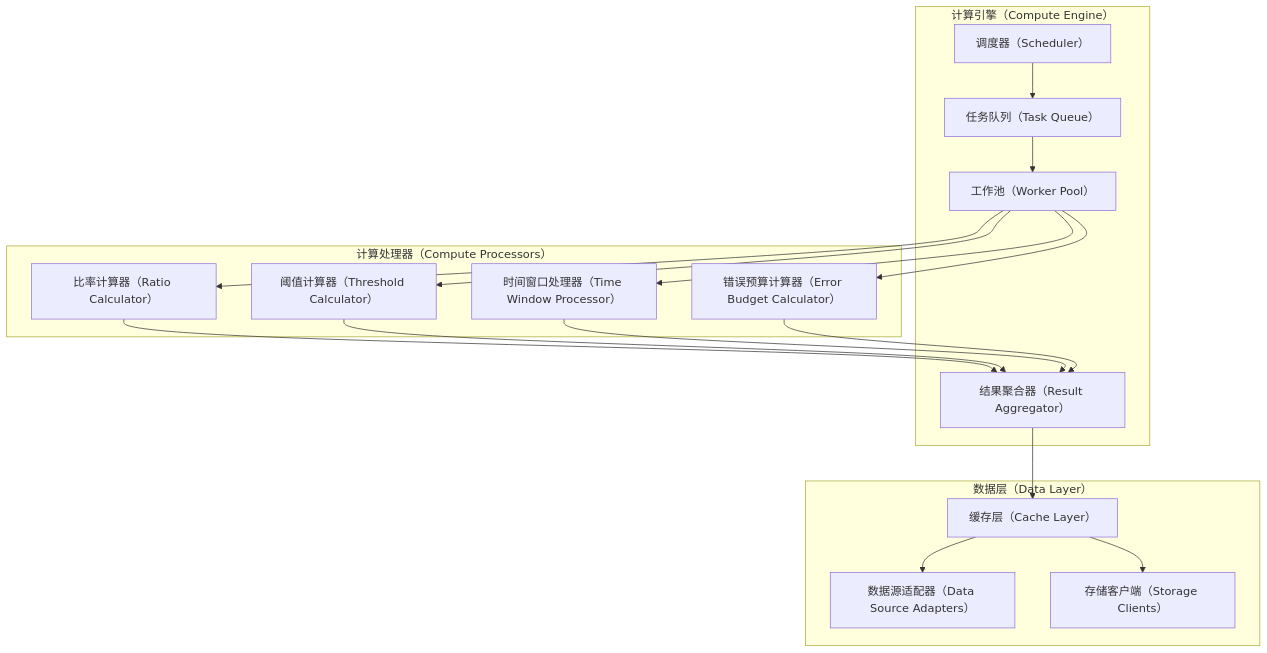
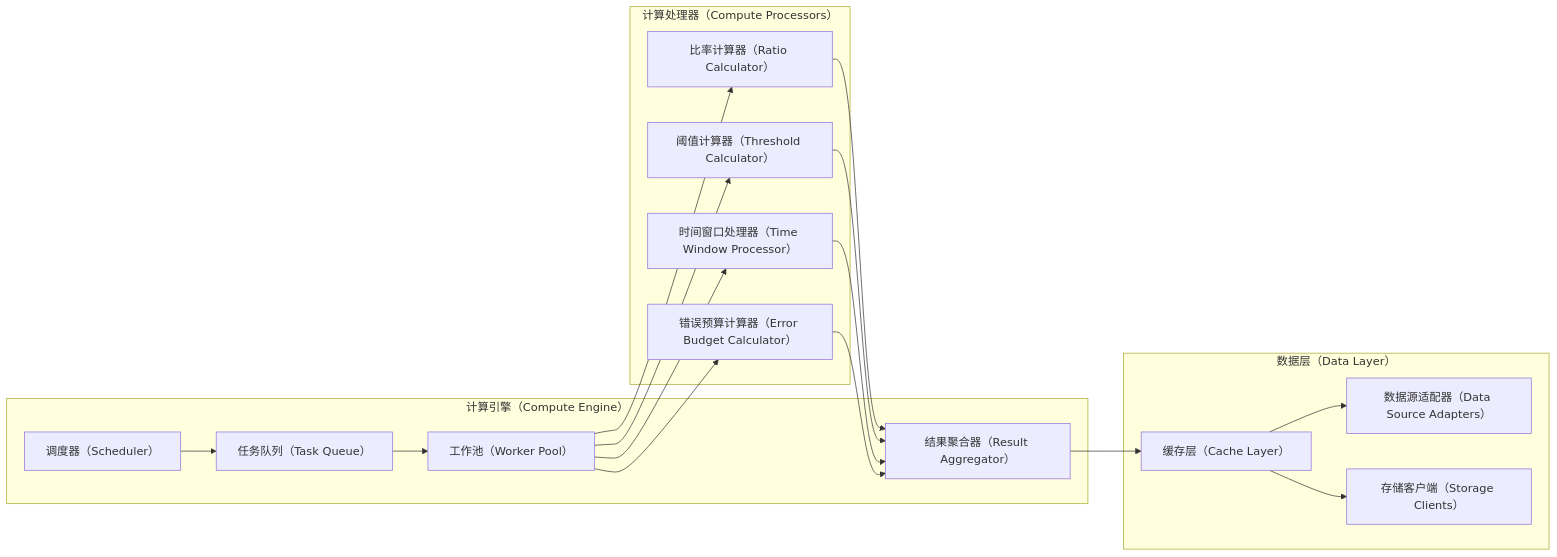
The sixth of 9 diagrams in docs/architecture.md (turtacn/slo-sentinel), drawn with Mermaid before and after one commit. The commit also changed other lines of this file, not shown here.

````diff
--- a/docs/architecture.md
+++ b/docs/architecture.md
@@ -271,36 +271,36 @@
 ```mermaid
-graph TB
+graph LR
     subgraph CE[计算引擎（Compute Engine）]
         CE1[调度器（Scheduler）]
         CE2[任务队列（Task Queue）]
         CE3[工作池（Worker Pool）]
         CE4[结果聚合器（Result Aggregator）]
     end
     
     subgraph CP[计算处理器（Compute Processors）]
         CP1[比率计算器（Ratio Calculator）]
         CP2[阈值计算器（Threshold Calculator）]
         CP3[时间窗口处理器（Time Window Processor）]
         CP4[错误预算计算器（Error Budget Calculator）]
     end
     
     subgraph DL[数据层（Data Layer）]
         DL1[缓存层（Cache Layer）]
         DL2[数据源适配器（Data Source Adapters）]
         DL3[存储客户端（Storage Clients）]
     end
     
     CE1 --> CE2
     CE2 --> CE3
     CE3 --> CP1
     CE3 --> CP2
     CE3 --> CP3
     CE3 --> CP4
     CP1 --> CE4
     CP2 --> CE4
     CP3 --> CE4
     CP4 --> CE4
     CE4 --> DL1
     DL1 --> DL2
     DL1 --> DL3
 ```
````
